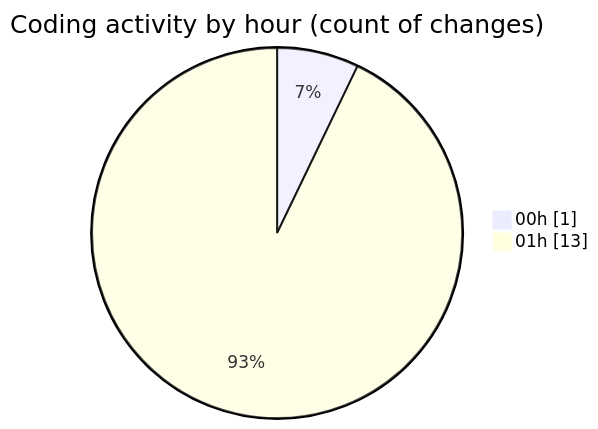
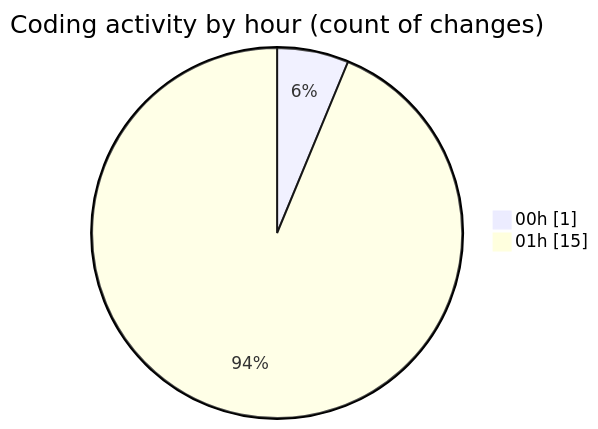
One commit to Elitesun/code-tracking changed the second of 2 diagrams in 2025-05-01/niten/README.md. Above: the diagram before and after it, drawn with Mermaid. The commit also changed other lines of this file and 1 other file, not shown here.

````diff
--- a/2025-05-01/niten/README.md
+++ b/2025-05-01/niten/README.md
@@ -34,6 +35,6 @@
 ```mermaid
 pie showData
 title Coding activity by hour (count of changes)
 "00h" : 1
-"01h" : 13
+"01h" : 15
 ```
````
